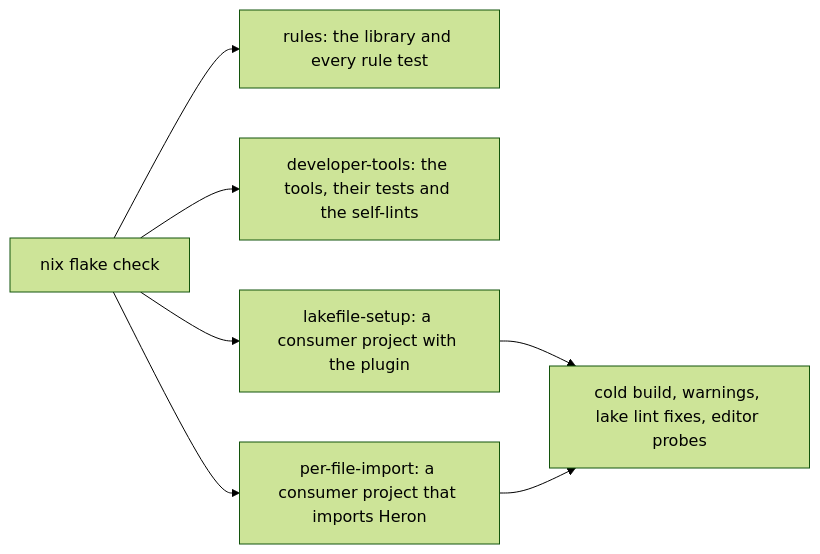
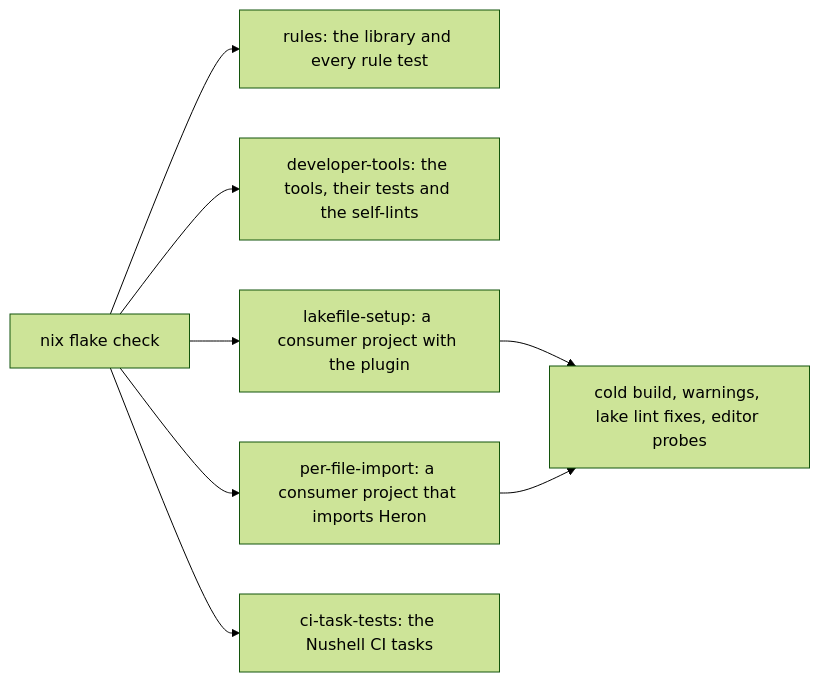
The sixth of 6 diagrams in docs/architecture.md (wvhulle/heron), drawn with Mermaid (forest theme) before and after one commit. The commit also changed other lines of this file and 4 other files, not shown here.

First line of the commit message:
ci: move pipeline scripting into Nushell tasks with one step per check

````diff
--- a/docs/architecture.md
+++ b/docs/architecture.md
@@ -137,9 +137,10 @@
 ```mermaid
 flowchart LR
   flakeCheck[nix flake check] --> rules[rules: the library and every rule test]
   flakeCheck --> developerTools[developer-tools: the tools, their tests and the self-lints]
   flakeCheck --> lakefileSetup[lakefile-setup: a consumer project with the plugin]
   flakeCheck --> perFileImport[per-file-import: a consumer project that imports Heron]
+  flakeCheck --> ciTaskTests[ci-task-tests: the Nushell CI tasks]
   lakefileSetup --> probes[cold build, warnings, lake lint fixes, editor probes]
   perFileImport --> probes
 ```
````
